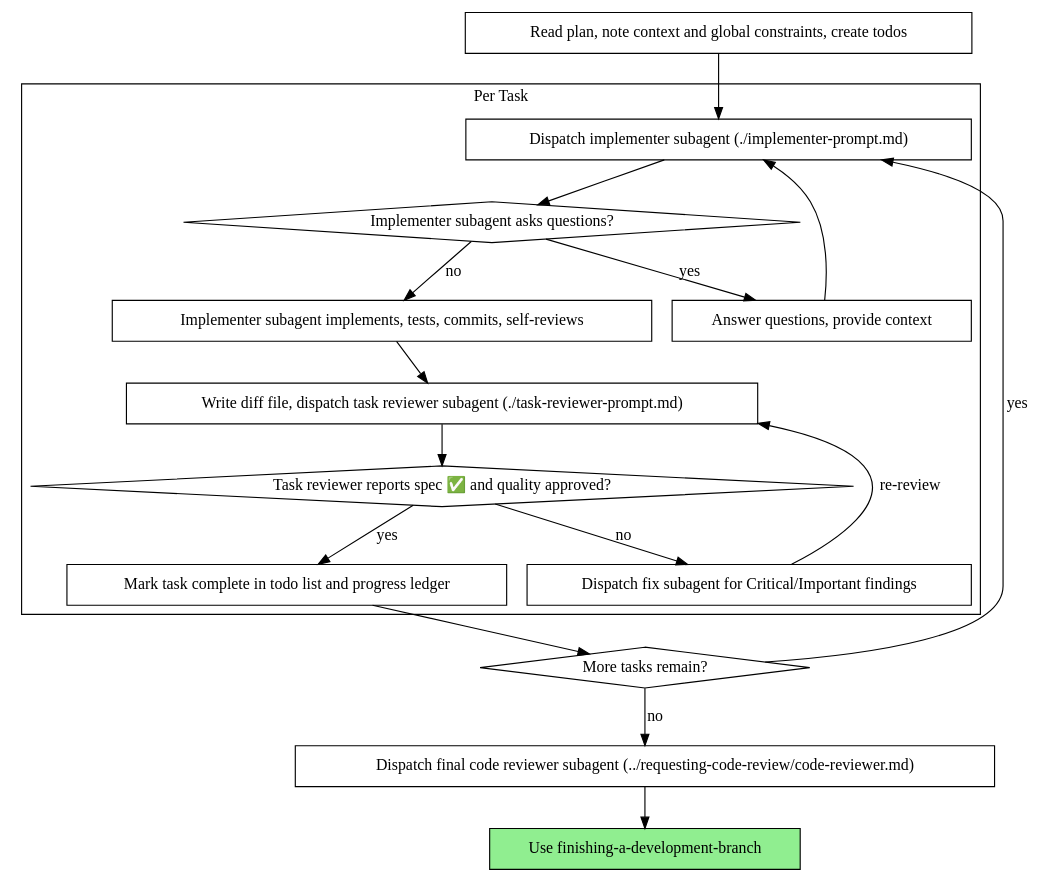
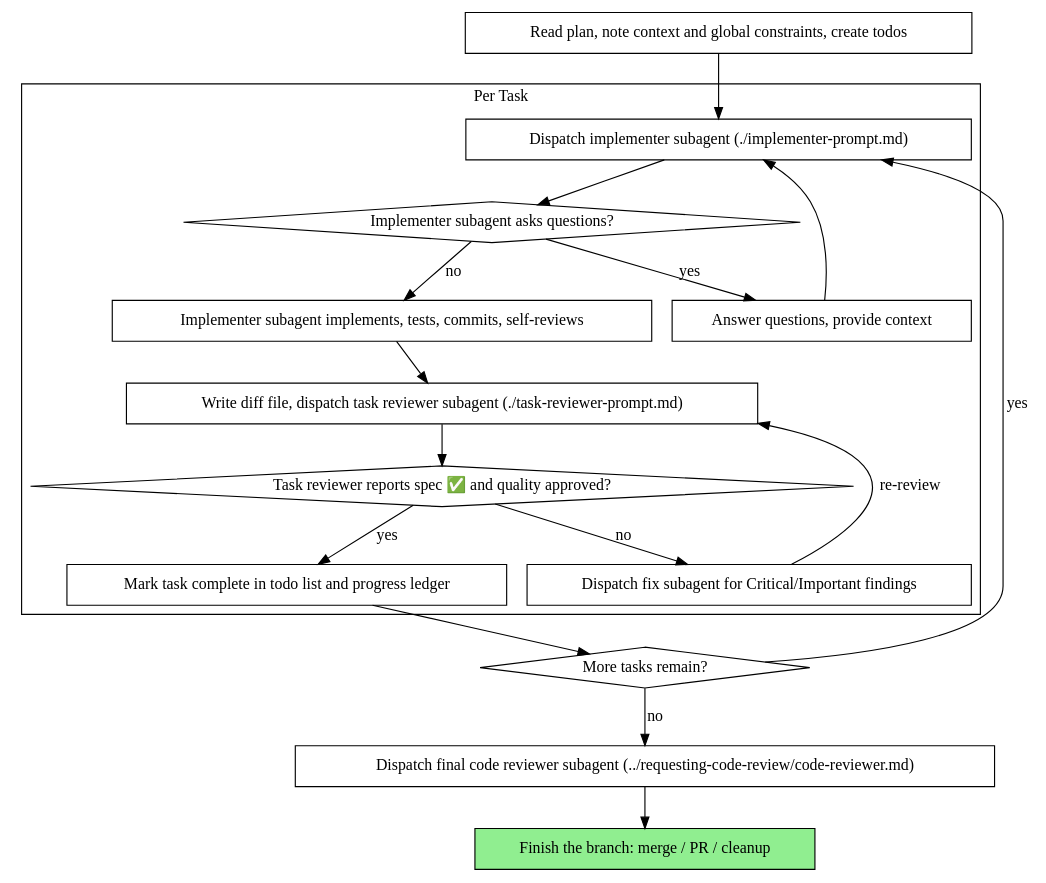
Before and after one commit to lowmason/agent-skills: the second of 2 diagrams in subagent-driven-development/SKILL.md, drawn with Graphviz. The commit also changed other lines of this file and 2 other files, not shown here.

````diff
--- a/subagent-driven-development/SKILL.md
+++ b/subagent-driven-development/SKILL.md
@@ -47,37 +47,37 @@
 ```dot
 digraph process {
     rankdir=TB;
 
     subgraph cluster_per_task {
         label="Per Task";
         "Dispatch implementer subagent (./implementer-prompt.md)" [shape=box];
         "Implementer subagent asks questions?" [shape=diamond];
         "Answer questions, provide context" [shape=box];
         "Implementer subagent implements, tests, commits, self-reviews" [shape=box];
         "Write diff file, dispatch task reviewer subagent (./task-reviewer-prompt.md)" [shape=box];
         "Task reviewer reports spec ✅ and quality approved?" [shape=diamond];
         "Dispatch fix subagent for Critical/Important findings" [shape=box];
         "Mark task complete in todo list and progress ledger" [shape=box];
     }
 
     "Read plan, note context and global constraints, create todos" [shape=box];
     "More tasks remain?" [shape=diamond];
     "Dispatch final code reviewer subagent (../requesting-code-review/code-reviewer.md)" [shape=box];
-    "Use finishing-a-development-branch" [shape=box style=filled fillcolor=lightgreen];
+    "Finish the branch: merge / PR / cleanup" [shape=box style=filled fillcolor=lightgreen];
 
     "Read plan, note context and global constraints, create todos" -> "Dispatch implementer subagent (./implementer-prompt.md)";
     "Dispatch implementer subagent (./implementer-prompt.md)" -> "Implementer subagent asks questions?";
     "Implementer subagent asks questions?" -> "Answer questions, provide context" [label="yes"];
     "Answer questions, provide context" -> "Dispatch implementer subagent (./implementer-prompt.md)";
     "Implementer subagent asks questions?" -> "Implementer subagent implements, tests, commits, self-reviews" [label="no"];
     "Implementer subagent implements, tests, commits, self-reviews" -> "Write diff file, dispatch task reviewer subagent (./task-reviewer-prompt.md)";
     "Write diff file, dispatch task reviewer subagent (./task-reviewer-prompt.md)" -> "Task reviewer reports spec ✅ and quality approved?";
     "Task reviewer reports spec ✅ and quality approved?" -> "Dispatch fix subagent for Critical/Important findings" [label="no"];
     "Dispatch fix subagent for Critical/Important findings" -> "Write diff file, dispatch task reviewer subagent (./task-reviewer-prompt.md)" [label="re-review"];
     "Task reviewer reports spec ✅ and quality approved?" -> "Mark task complete in todo list and progress ledger" [label="yes"];
     "Mark task complete in todo list and progress ledger" -> "More tasks remain?";
     "More tasks remain?" -> "Dispatch implementer subagent (./implementer-prompt.md)" [label="yes"];
     "More tasks remain?" -> "Dispatch final code reviewer subagent (../requesting-code-review/code-reviewer.md)" [label="no"];
-    "Dispatch final code reviewer subagent (../requesting-code-review/code-reviewer.md)" -> "Use finishing-a-development-branch";
+    "Dispatch final code reviewer subagent (../requesting-code-review/code-reviewer.md)" -> "Finish the branch: merge / PR / cleanup";
 }
 ```
````
